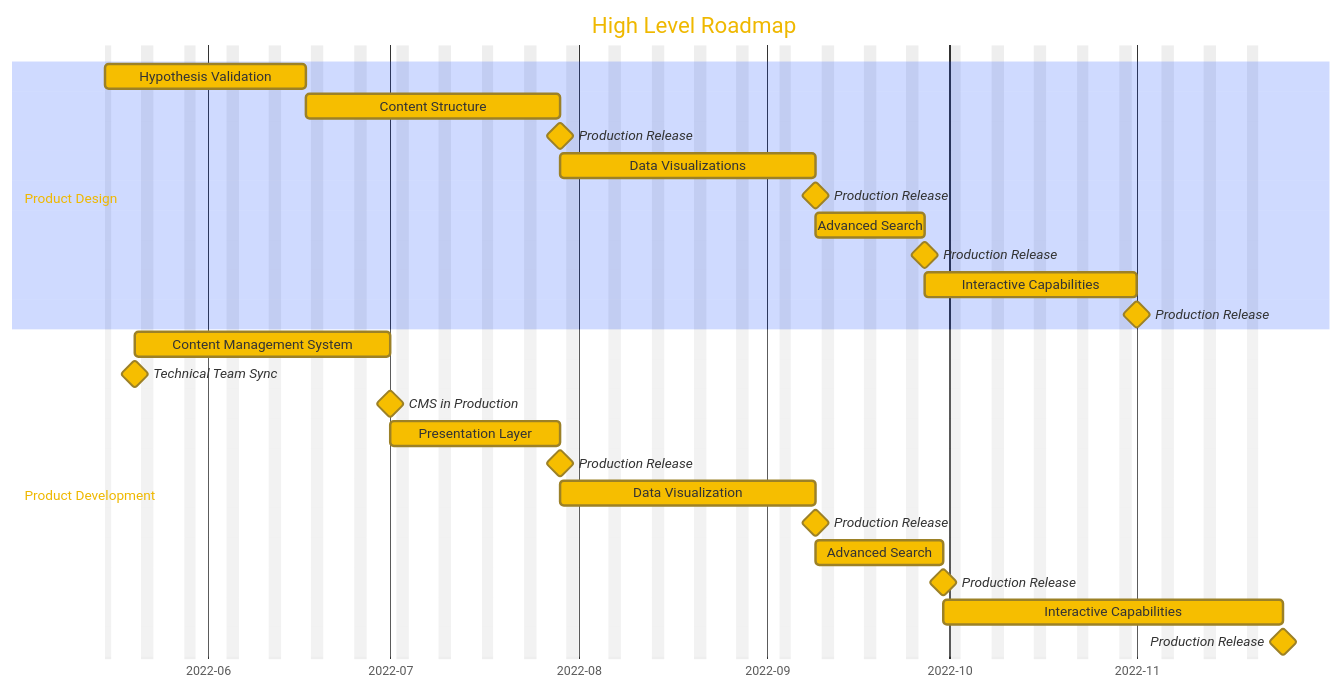
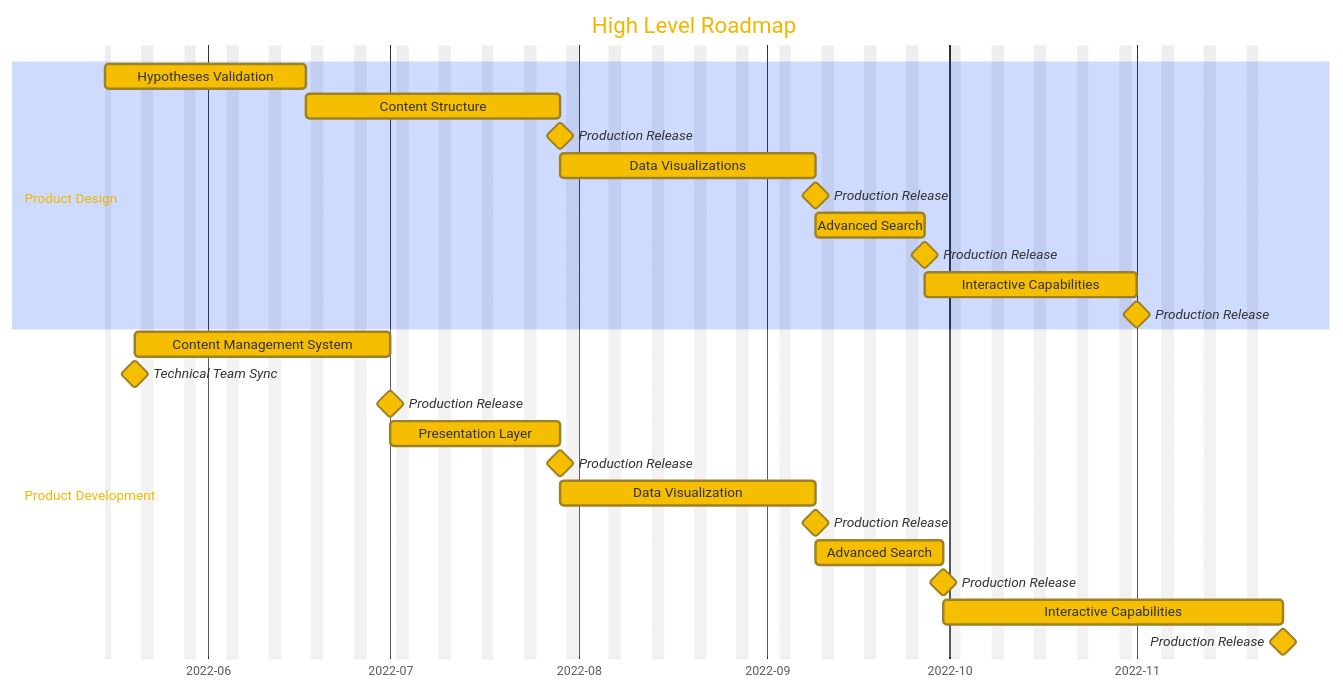
Before and after one commit to cds-snc/consultation-references: the first of 2 diagrams in base-product-roadmap.md, drawn with Mermaid. The commit also changed other lines of this file, not shown here.

Commit message:
Fix plural hypothesis

````diff
--- a/base-product-roadmap.md
+++ b/base-product-roadmap.md
@@ -18,44 +18,44 @@
 ```mermaid
 %%{init: {"theme": "base", "themeVariables": { "primaryColor": "#F6BE00" }, "themeCSS": ".taskText { font-size:13px; font-weight: bold} .taskTextOutsideRight { font-size:13px; fill: #F6BE00; text-shadow: 1px 1px 1px black; font-weight: bold;} .taskTextOutsideLeft { font-size:13px; fill: #F6BE00; text-shadow: 0.5px 0.5px 0.5px black; font-weight: bold;} .section {opacity:0.05} "}}%%
 gantt
     title High Level Roadmap
     dateFormat  YYYY-MM-DD
     axisFormat  %Y-%m
     excludes    weekends
 
     section Product Design
 
-    Hypothesis Validation               : des1, 2022-05-15, 25d
+    Hypotheses Validation               : des1, 2022-05-15, 25d
 
     Content Structure                   : des2, after des1,  30d
     Production Release                  :milestone, mil1, after des2, 0d
     
     Data Visualizations             : des3, after mil1, 30d
     Production Release              :milestone, mil2, after des3, 0d
     
     Advanced Search                 : des4, after des3, 12d
     Production Release              :milestone, 0d
 
     Interactive Capabilities            : des5, after des4, 25d
     Production Release                  :milestone, 0d
 
 
     section Product Development
 
     Content Management System : dev1, 2022-05-20, 30d
     Technical Team Sync: milestone, 2022-05-20, 0d
-    CMS in Production: milestone, after dev1, 0d
+    Production Release: milestone, after dev1, 0d
     
     Presentation Layer              : dev2, after dev1, 20d
     Production Release              :milestone, 0d
 
     Data Visualization              : dev3, after dev2, 30d
     Production Release              :milestone, 0d
 
     Advanced Search                 : dev4, after dev3, 15d
     Production Release              : milestone, 0d
 
     Interactive Capabilities        : dev5, after dev4, 40d
     Production Release              : milestone, 0d
     
 ```
````
